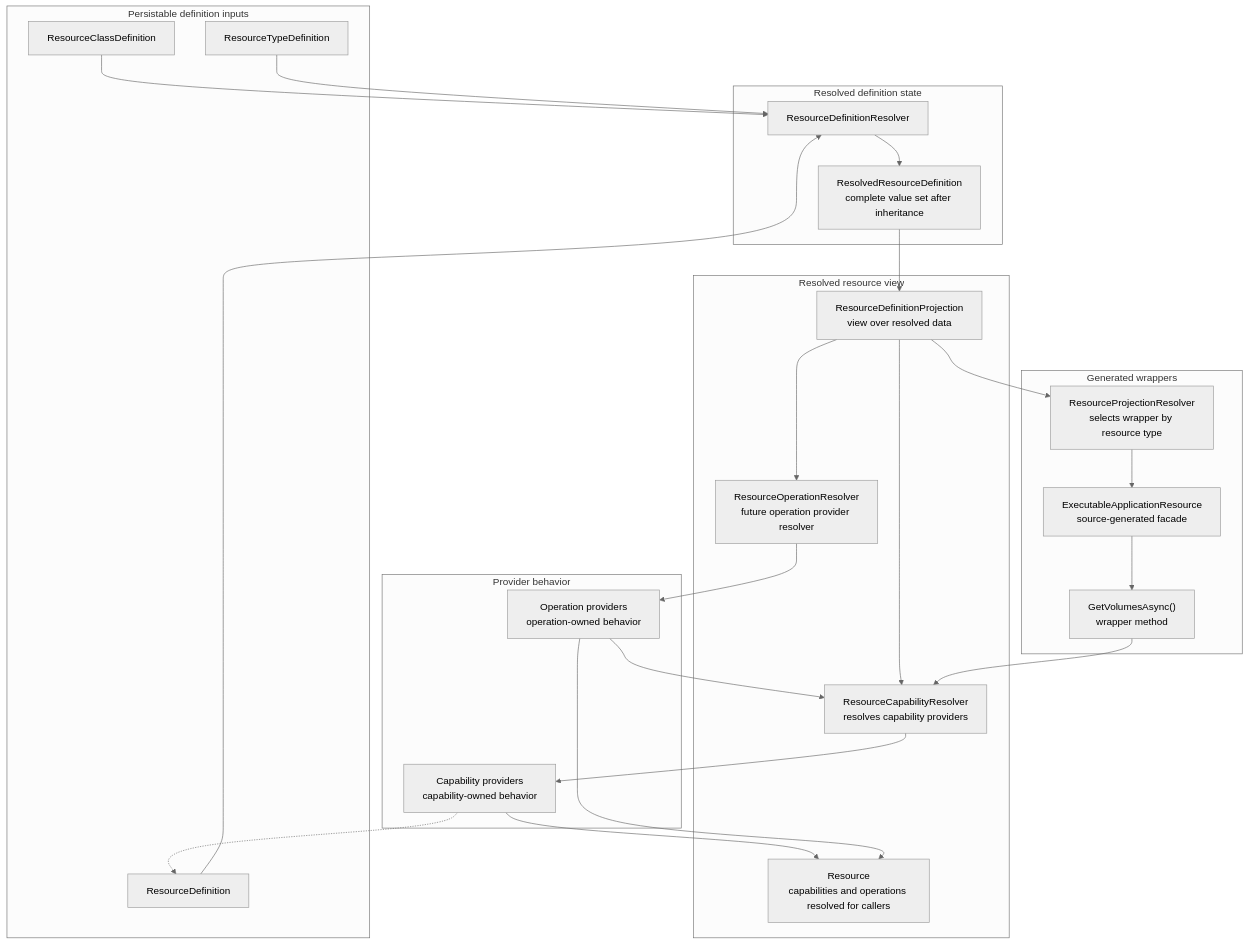
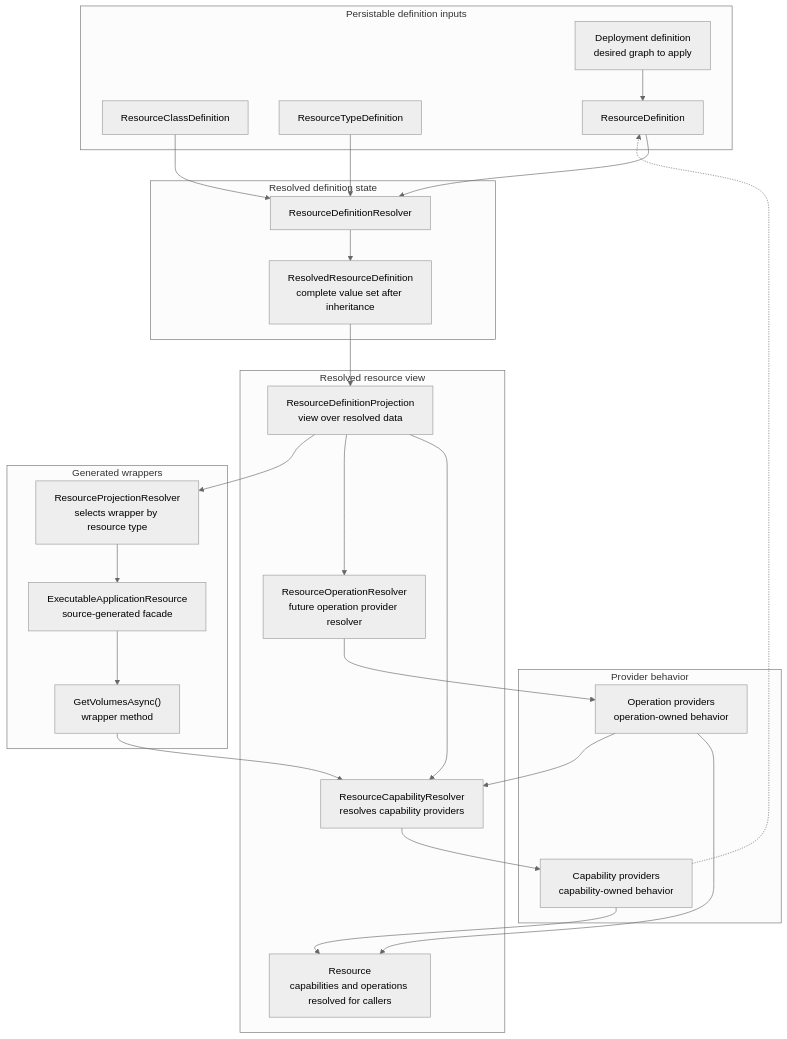
Before and after one commit to marinasundstrom/CloudShell: the second of 3 diagrams in docs/proposals/core/resource-definitions-and-capability-providers.md, drawn with Mermaid (neutral theme). The commit also changed other lines of this file and 1 other file, not shown here.

Commit message:
Clarify resource definitions in deployments

````diff
--- a/docs/proposals/core/resource-definitions-and-capability-providers.md
+++ b/docs/proposals/core/resource-definitions-and-capability-providers.md
@@ -483,48 +483,50 @@
 ```mermaid
 flowchart TD
     subgraph definitions [Persistable definition inputs]
+        deploymentDefinition["Deployment definition<br/>desired graph to apply"]
         resourceClassDefinition["ResourceClassDefinition"]
         typeDef["ResourceTypeDefinition"]
         resourceDef["ResourceDefinition"]
     end
 
     subgraph resolvedLayer [Resolved definition state]
         resolver["ResourceDefinitionResolver"]
         resolved["ResolvedResourceDefinition<br/>complete value set after inheritance"]
     end
 
     subgraph behaviorLayer [Provider behavior]
         capabilityProviders["Capability providers<br/>capability-owned behavior"]
         operationProviders["Operation providers<br/>operation-owned behavior"]
     end
 
     subgraph resourceViewLayer [Resolved resource view]
         resourceView["ResourceDefinitionProjection<br/>view over resolved data"]
         capabilityResolver["ResourceCapabilityResolver<br/>resolves capability providers"]
         operationResolver["ResourceOperationResolver<br/>future operation provider resolver"]
         resource["Resource<br/>capabilities and operations resolved for callers"]
     end
 
     subgraph wrapperLayer [Generated wrappers]
         projectionResolver["ResourceProjectionResolver<br/>selects wrapper by resource type"]
         wrapper["ExecutableApplicationResource<br/>source-generated facade"]
         method["GetVolumesAsync()<br/>wrapper method"]
     end
 
+    deploymentDefinition --> resourceDef
     resourceClassDefinition --> resolver
     typeDef --> resolver
     resourceDef --> resolver
     resolver --> resolved --> resourceView
 
     resourceView --> capabilityResolver
     resourceView --> operationResolver
     capabilityResolver --> capabilityProviders
     operationResolver --> operationProviders
     capabilityProviders --> resource
     operationProviders --> resource
 
     resourceView --> projectionResolver --> wrapper --> method
     method --> capabilityResolver
     operationProviders --> capabilityResolver
     capabilityProviders -.-> resourceDef
 ```
````
